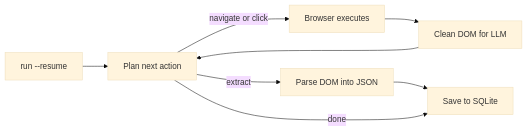
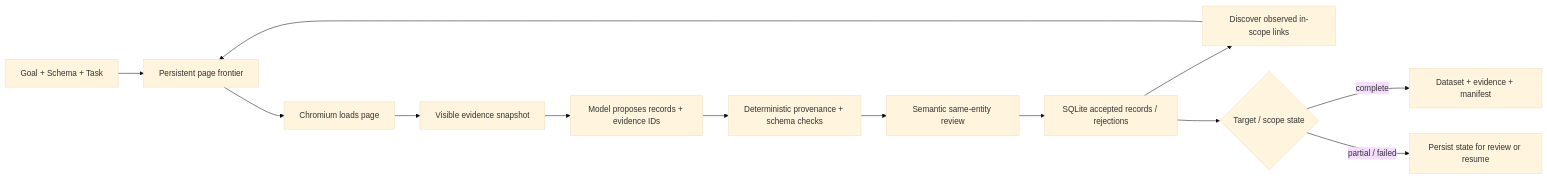
Before and after one commit to EmanueleTorrisi/verboisy: the diagram in README.md, drawn with Mermaid (base theme). The commit also changed other lines of this file, not shown here.

````diff
--- a/README.md
+++ b/README.md
@@ -188,10 +189,15 @@
 ```mermaid
 flowchart LR
-    F[run --resume] --> A
-    A[Plan next action] -->|navigate or click| B[Browser executes]
-    A -->|extract| C[Parse DOM into JSON]
-    B --> D[Clean DOM for LLM]
-    D --> A
-    C --> E[Save to SQLite]
-    A -->|done| E
+    A[Goal + Schema + Task] --> B[Persistent page frontier]
+    B --> C[Chromium loads page]
+    C --> D[Visible evidence snapshot]
+    D --> E[Model proposes records + evidence IDs]
+    E --> F[Deterministic provenance + schema checks]
+    F --> G[Semantic same-entity review]
+    G --> H[SQLite accepted records / rejections]
+    H --> I[Discover observed in-scope links]
+    I --> B
+    H --> J{Target / scope state}
+    J -->|complete| K[Dataset + evidence + manifest]
+    J -->|partial / failed| L[Persist state for review or resume]
 ```
````
